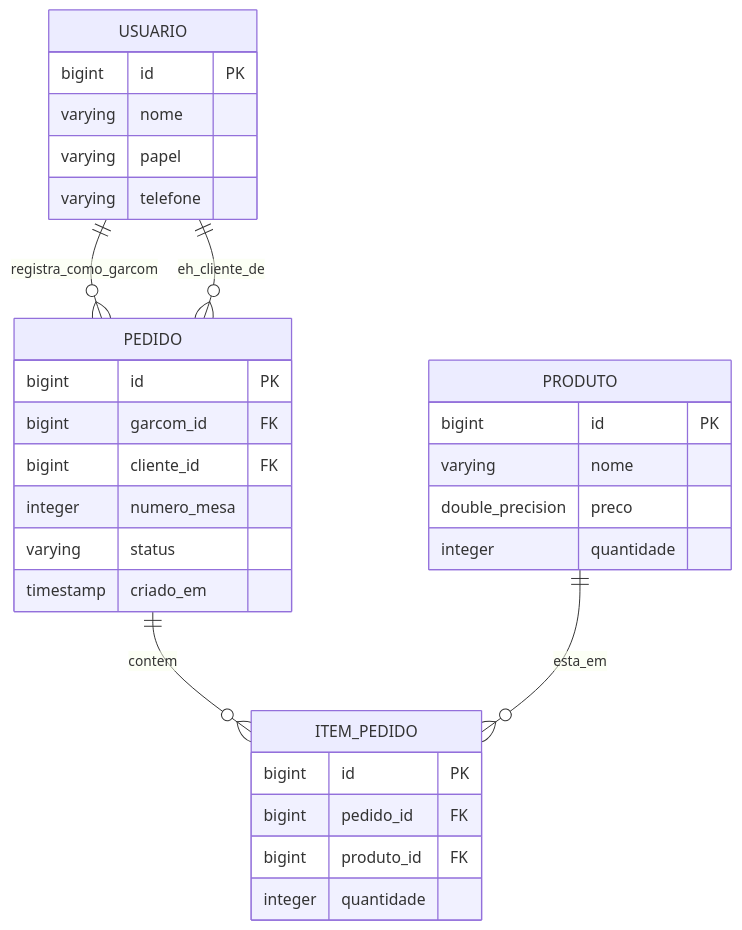
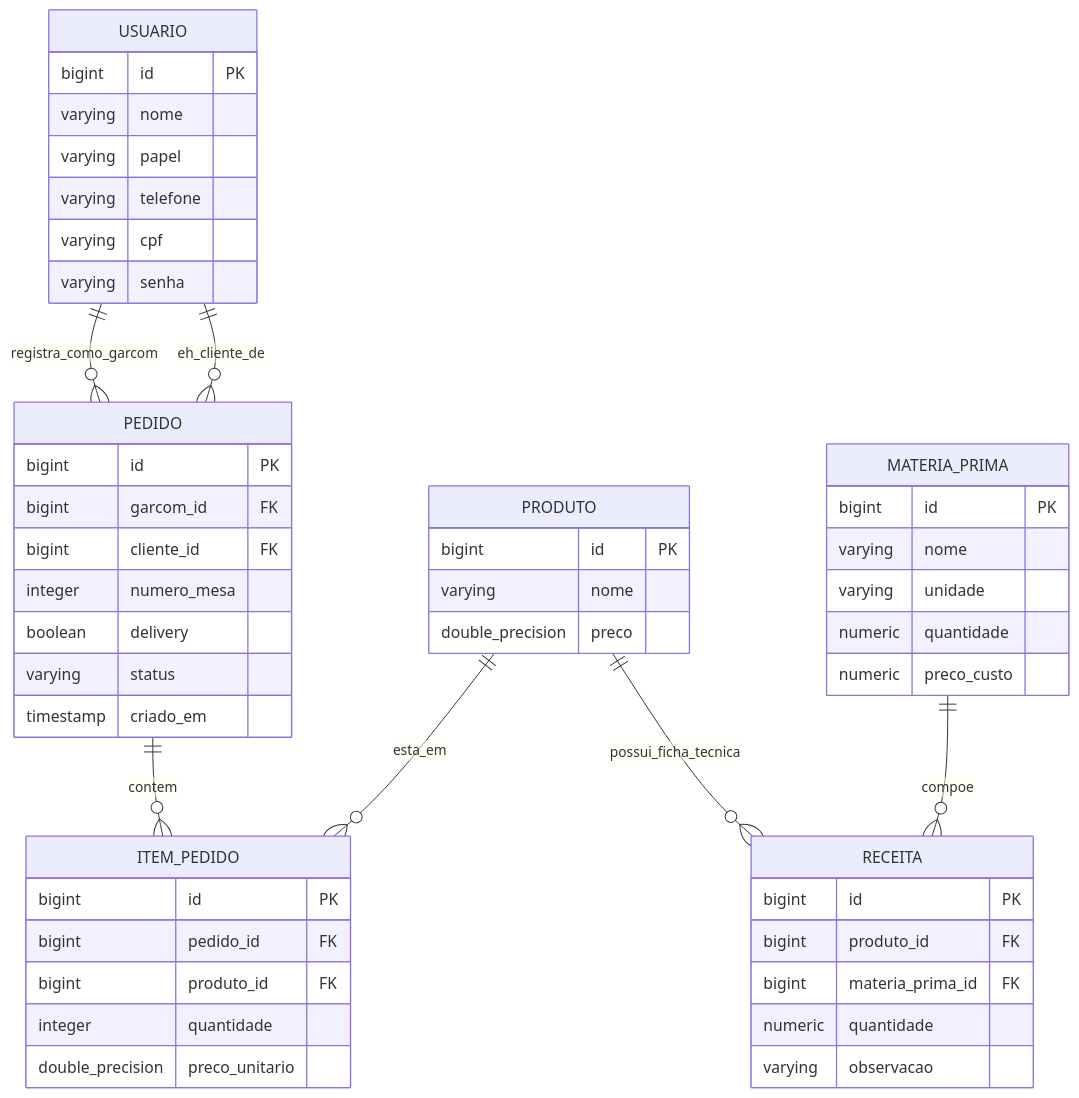
Before and after one commit to Ryk3l/Proejto-de-extensao: the diagram in rodovialanches-backend/docs/diagrams/der.mmd, drawn with Mermaid. The commit also changed 35 other files, not shown here.

```diff
--- a/rodovialanches-backend/docs/diagrams/der.mmd
+++ b/rodovialanches-backend/docs/diagrams/der.mmd
@@ -1,34 +1,54 @@
 %% Diagrama Entidade-Relacionamento — Rodovia Lanches (PostgreSQL)
 %% Tipos refletem o schema real do banco (PostgreSQL usa "character varying").
+%% 6 tabelas: usuario, produto, materia_prima, receita, pedido, item_pedido.
 erDiagram
     USUARIO {
         bigint id PK
         varying nome
         varying papel
         varying telefone
+        varying cpf
+        varying senha
     }
     PRODUTO {
         bigint id PK
         varying nome
         double_precision preco
-        integer quantidade
+    }
+    MATERIA_PRIMA {
+        bigint id PK
+        varying nome
+        varying unidade
+        numeric quantidade
+        numeric preco_custo
+    }
+    RECEITA {
+        bigint id PK
+        bigint produto_id FK
+        bigint materia_prima_id FK
+        numeric quantidade
+        varying observacao
     }
     PEDIDO {
         bigint id PK
         bigint garcom_id FK
         bigint cliente_id FK
         integer numero_mesa
+        boolean delivery
         varying status
         timestamp criado_em
     }
     ITEM_PEDIDO {
         bigint id PK
         bigint pedido_id FK
         bigint produto_id FK
         integer quantidade
+        double_precision preco_unitario
     }
 
     PEDIDO ||--o{ ITEM_PEDIDO : contem
     USUARIO ||--o{ PEDIDO : registra_como_garcom
     USUARIO ||--o{ PEDIDO : eh_cliente_de
     PRODUTO ||--o{ ITEM_PEDIDO : esta_em
+    PRODUTO ||--o{ RECEITA : possui_ficha_tecnica
+    MATERIA_PRIMA ||--o{ RECEITA : compoe
```
